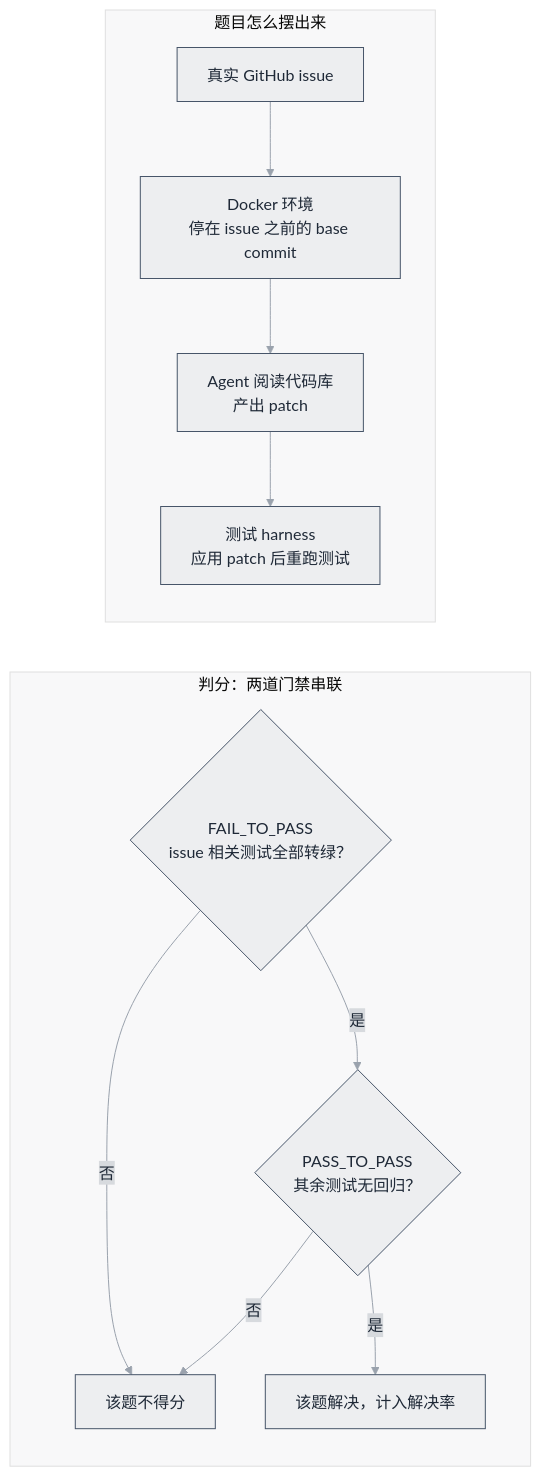
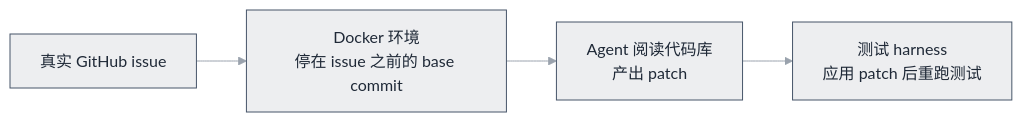
Before and after one commit to funny8kids/ai-agent-handbook: the first of 2 diagrams in docs/13-resources/benchmarks/swe-bench.md, drawn with Mermaid. The commit also changed other lines of this file and 39 other files, not shown here.

First line of the commit message:
Round 15: re-measure all diagrams on GitBook's real mermaid version (11.14.0)

````diff
--- a/docs/13-resources/benchmarks/swe-bench.md
+++ b/docs/13-resources/benchmarks/swe-bench.md
@@ -33,15 +33,7 @@
 ```mermaid
 %%{init: {"theme":"base","themeVariables":{"primaryColor":"#EDEEF0","primaryBorderColor":"#475569","primaryTextColor":"#1F2937","secondaryColor":"#D7DADE","tertiaryColor":"#F8F8F9","lineColor":"#9AA2AD","actorBkg":"#F0F1F3","actorBorder":"#475569","actorTextColor":"#1F2937","signalColor":"#7E8896","noteBkgColor":"#DEE0E4","noteBorderColor":"#475569","noteTextColor":"#1F2937","labelBoxBkgColor":"#EDEEF0","labelBoxBorderColor":"#475569"}}}%%
 flowchart LR
-  subgraph JUDGE["判分：两道门禁串联"]
-    F{"FAIL_TO_PASS<br/>issue 相关测试全部转绿？"} -->|"是"| P{"PASS_TO_PASS<br/>其余测试无回归？"}
-    F -->|"否"| Z["该题不得分"]
-    P -->|"否"| Z
-    P -->|"是"| W["该题解决，计入解决率"]
-  end
-  subgraph SETUP["题目怎么摆出来"]
-    I["真实 GitHub issue"] --> B["Docker 环境<br/>停在 issue 之前的 base commit"]
-    B --> A["Agent 阅读代码库<br/>产出 patch"]
-    A --> H["测试 harness<br/>应用 patch 后重跑测试"]
-  end
+  I["真实 GitHub issue"] --> B["Docker 环境<br/>停在 issue 之前的 base commit"]
+  B --> A["Agent 阅读代码库<br/>产出 patch"]
+  A --> H["测试 harness<br/>应用 patch 后重跑测试"]
 ```
````
